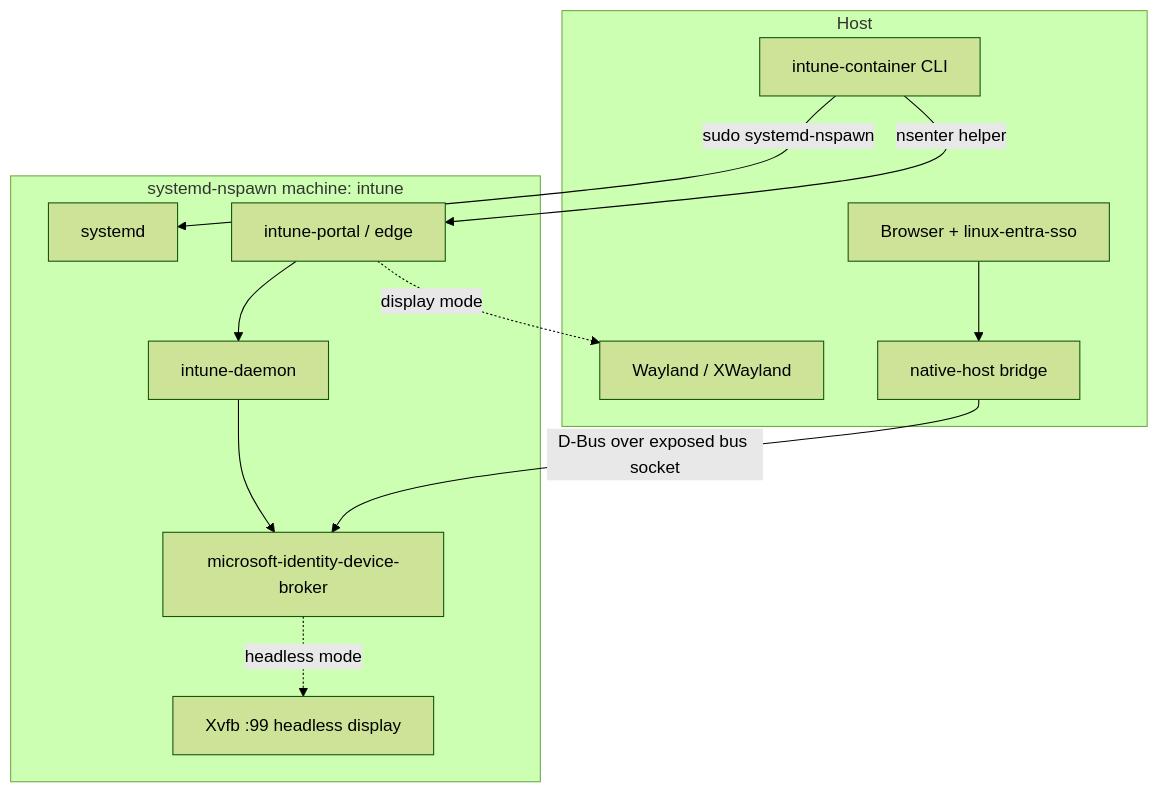
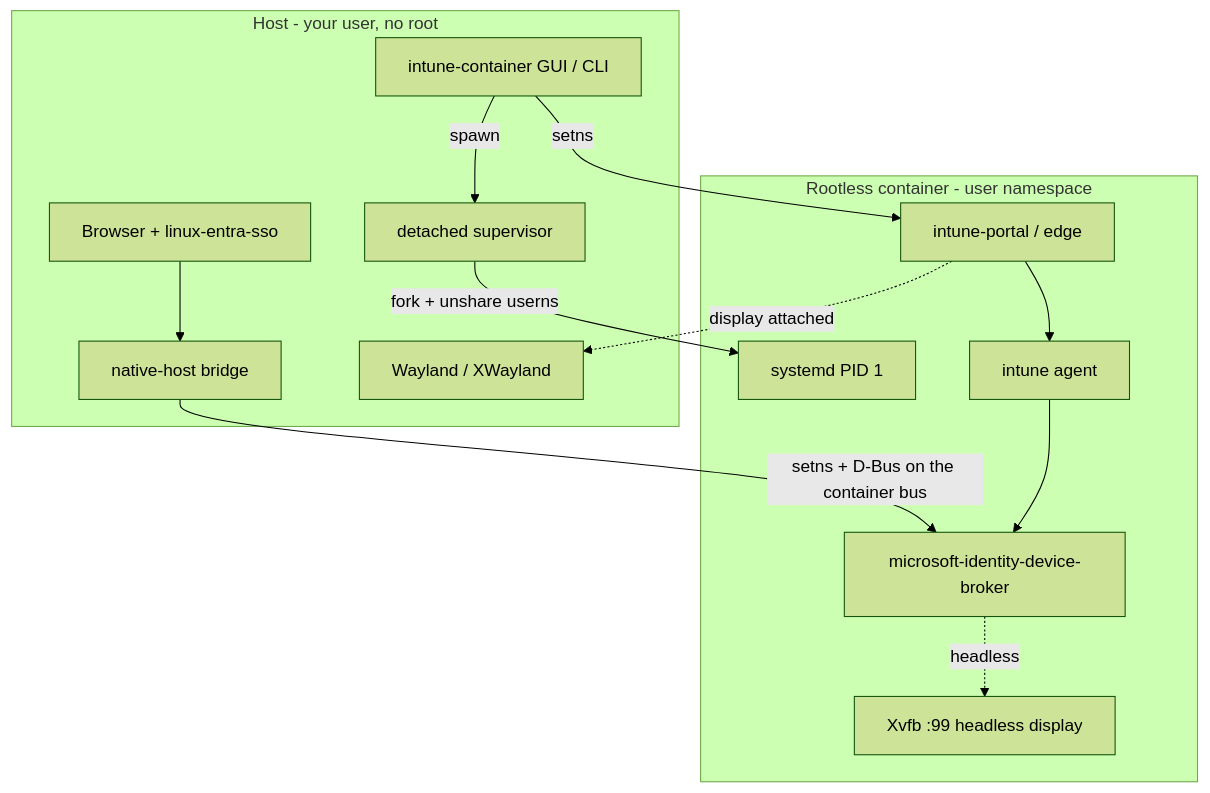
The first of 4 diagrams in docs/architecture.md (magicabdel/intune-container), drawn with Mermaid (forest theme) before and after one commit. The commit also changed other lines of this file and 25 other files, not shown here.

````diff
--- a/docs/architecture.md
+++ b/docs/architecture.md
@@ -10,25 +11,27 @@
 ```mermaid
 flowchart TB
-    subgraph host[Host]
-        CLI[intune-container CLI]
+    subgraph host[Host - your user, no root]
+        APP[intune-container GUI / CLI]
+        SUP[detached supervisor]
         NH[native-host bridge]
         EXT[Browser + linux-entra-sso]
         XW[Wayland / XWayland]
     end
 
-    subgraph ctr[systemd-nspawn machine: intune]
-        SD[systemd]
+    subgraph ctr[Rootless container - user namespace]
+        SD[systemd PID 1]
         DB[microsoft-identity-device-broker]
-        ID[intune-daemon]
-        APP[intune-portal / edge]
+        ID[intune agent]
+        APPW[intune-portal / edge]
         XV[Xvfb :99 headless display]
     end
 
-    CLI -->|sudo systemd-nspawn| SD
-    CLI -->|nsenter helper| APP
-    APP --> ID --> DB
-    APP -. display mode .-> XW
-    DB -. headless mode .-> XV
+    APP -->|spawn| SUP
+    SUP -->|fork + unshare userns| SD
+    APP -->|setns| APPW
+    APPW --> ID --> DB
+    APPW -. display attached .-> XW
+    DB -. headless .-> XV
     EXT --> NH
-    NH -->|D-Bus over exposed bus socket| DB
+    NH -->|setns + D-Bus on the container bus| DB
 ```
````
